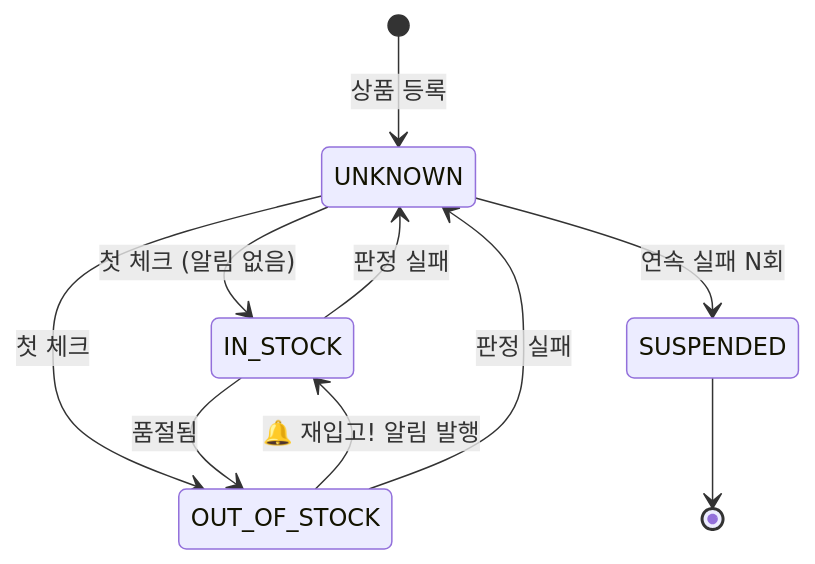
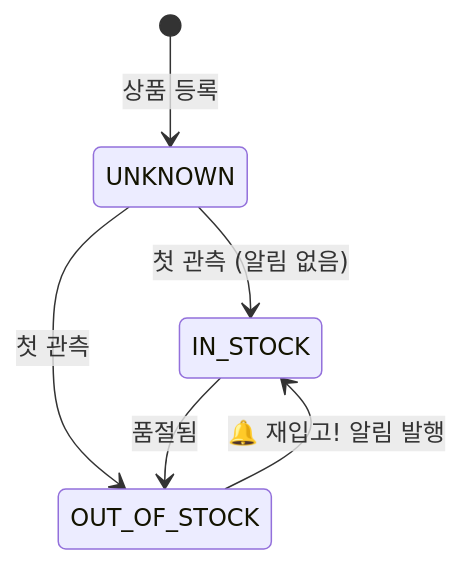
Before and after one commit to pentas1150/jaeipgo-alimi: the second of 3 diagrams in docs/DESIGN.md, drawn with Mermaid. The commit also changed other lines of this file and 7 other files, not shown here.

````diff
--- a/docs/DESIGN.md
+++ b/docs/DESIGN.md
@@ -147,12 +157,8 @@
 ```mermaid
 stateDiagram-v2
     [*] --> UNKNOWN: 상품 등록
-    UNKNOWN --> IN_STOCK: 첫 체크 (알림 없음)
-    UNKNOWN --> OUT_OF_STOCK: 첫 체크
+    UNKNOWN --> IN_STOCK: 첫 관측 (알림 없음)
+    UNKNOWN --> OUT_OF_STOCK: 첫 관측
     IN_STOCK --> OUT_OF_STOCK: 품절됨
     OUT_OF_STOCK --> IN_STOCK: 🔔 재입고! 알림 발행
-    IN_STOCK --> UNKNOWN: 판정 실패
-    OUT_OF_STOCK --> UNKNOWN: 판정 실패
-    UNKNOWN --> SUSPENDED: 연속 실패 N회
-    SUSPENDED --> [*]
 ```
````
